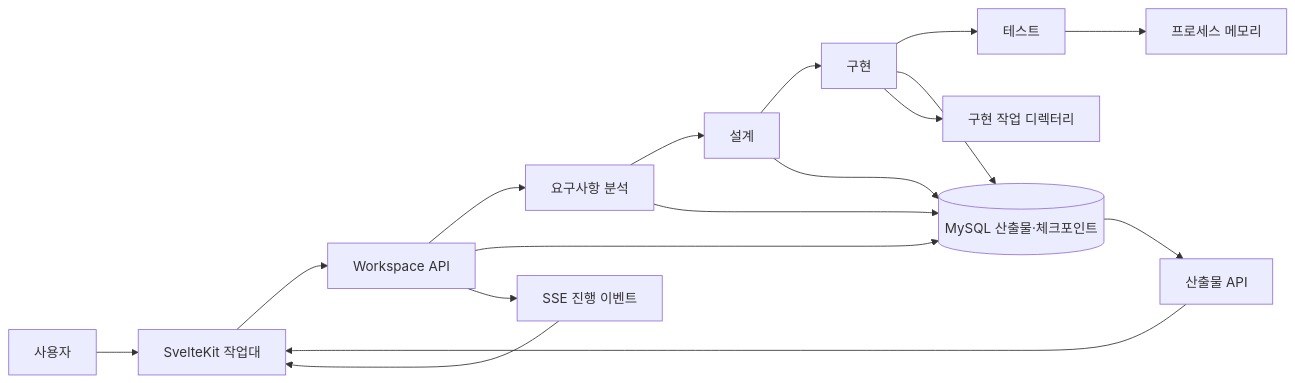
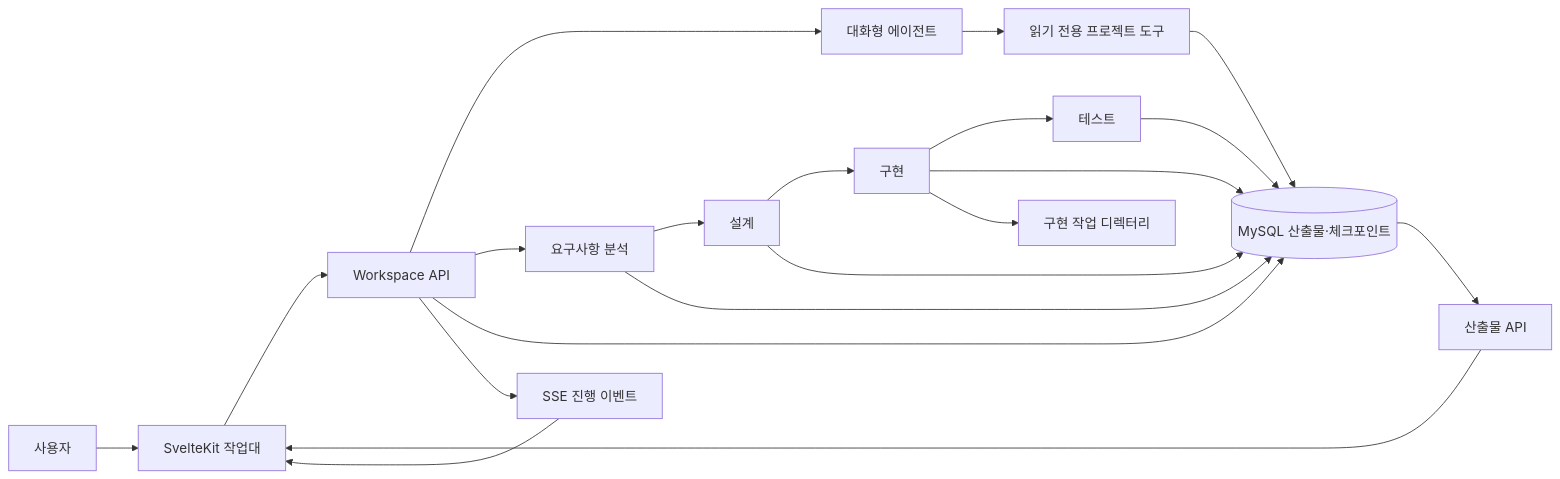
One commit to PNU-capstone-2026-17/easydep changed the first of 2 diagrams in docs/system-flow.md. Above: the diagram before and after it, drawn with Mermaid. The commit also changed other lines of this file and 43 other files, not shown here.

````diff
--- a/docs/system-flow.md
+++ b/docs/system-flow.md
@@ -32,21 +32,24 @@
 ```mermaid
 flowchart LR
     U[사용자] --> F[SvelteKit 작업대]
     F --> W[Workspace API]
+    W --> C[대화형 에이전트]
+    C --> P[읽기 전용 프로젝트 도구]
+    P --> DB
     W --> R[요구사항 분석]
     R --> D[설계]
     D --> I[구현]
     I --> T[테스트]
 
     R --> DB[(MySQL 산출물·체크포인트)]
     D --> DB
     I --> DB
     W --> DB
     I --> FS[구현 작업 디렉터리]
-    T --> MEM[프로세스 메모리]
+    T --> DB
 
     DB --> A[산출물 API]
     A --> F
     W --> SSE[SSE 진행 이벤트]
     SSE --> F
 ```
````
